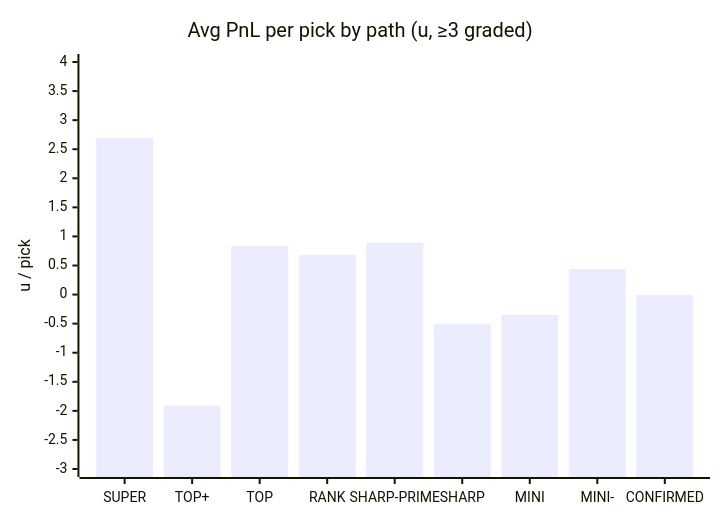
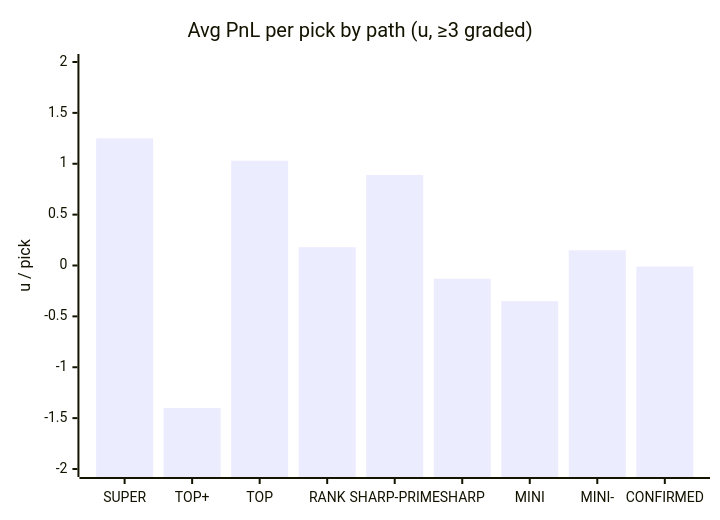
One commit to dpk1212/nhl-savant changed the third of 5 diagrams in DAILY_AGSU_REPORT.md. Above: the diagram before and after it, drawn with Mermaid. The commit also changed other lines of this file, not shown here.

````diff
--- a/DAILY_AGSU_REPORT.md
+++ b/DAILY_AGSU_REPORT.md
@@ -325,7 +333,7 @@
 ```mermaid
 xychart-beta
     title "Avg PnL per pick by path (u, ≥3 graded)"
     x-axis ["SUPER", "TOP+", "TOP", "RANK", "SHARP-PRIME", "SHARP", "MINI", "MINI-", "CONFIRMED"]
-    y-axis "u / pick" -3 --> 4
-    bar [2.69, -1.91, 0.84, 0.68, 0.89, -0.5, -0.35, 0.44, -0.01]
+    y-axis "u / pick" -2 --> 2
+    bar [1.25, -1.4, 1.03, 0.18, 0.89, -0.13, -0.35, 0.15, -0.01]
 ```
````
